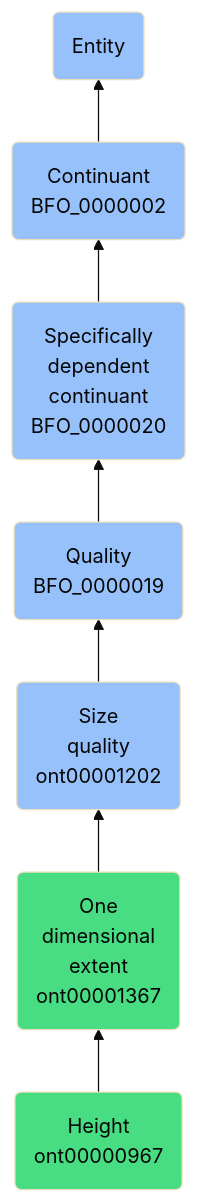
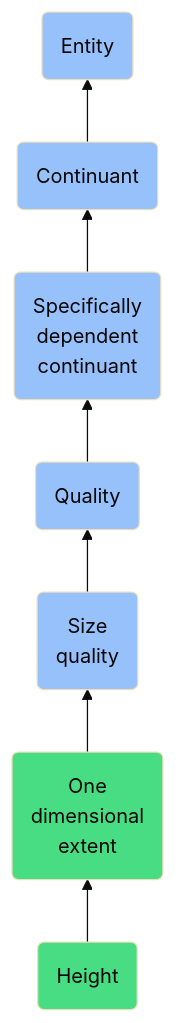
Before and after one commit to jupyter-naas/abi: the diagram in docs/ontology/reference/model/Entity/Continuant/Specifically dependent continuant/Quality/Size quality/One dimensional extent/Height/Height.md, drawn with Mermaid (base theme). The commit also changed other lines of this file and 1430 other files, not shown here.

````diff
--- a/docs/ontology/reference/model/Entity/Continuant/Specifically dependent continuant/Quality/Size quality/One dimensional extent/Height/Height.md
+++ b/docs/ontology/reference/model/Entity/Continuant/Specifically dependent continuant/Quality/Size quality/One dimensional extent/Height/Height.md
@@ -24,14 +24,14 @@
 ```mermaid
 graph BT
-    ont00000967(Height<br>ont00000967):::ABI-->ont00001367
-    ont00001367(One<br>dimensional<br>extent<br>ont00001367):::ABI-->ont00001202
-    ont00001202(Size<br>quality<br>ont00001202):::BFO-->BFO_0000019
-    BFO_0000019(Quality<br>BFO_0000019):::BFO-->BFO_0000020
-    BFO_0000020(Specifically<br>dependent<br>continuant<br>BFO_0000020):::BFO-->BFO_0000002
-    BFO_0000002(Continuant<br>BFO_0000002):::BFO-->BFO_0000001
+    ont00000967(Height):::ABI-->ont00001367
+    ont00001367(One<br>dimensional<br>extent):::ABI-->ont00001202
+    ont00001202(Size<br>quality):::BFO-->BFO_0000019
+    BFO_0000019(Quality):::BFO-->BFO_0000020
+    BFO_0000020(Specifically<br>dependent<br>continuant):::BFO-->BFO_0000002
+    BFO_0000002(Continuant):::BFO-->BFO_0000001
     BFO_0000001(Entity):::BFO
     
     classDef BFO fill:#97c1fb,color:#060606
     classDef CCO fill:#e4c51e,color:#060606
     classDef ABI fill:#48DD82,color:#060606
 ```
````
